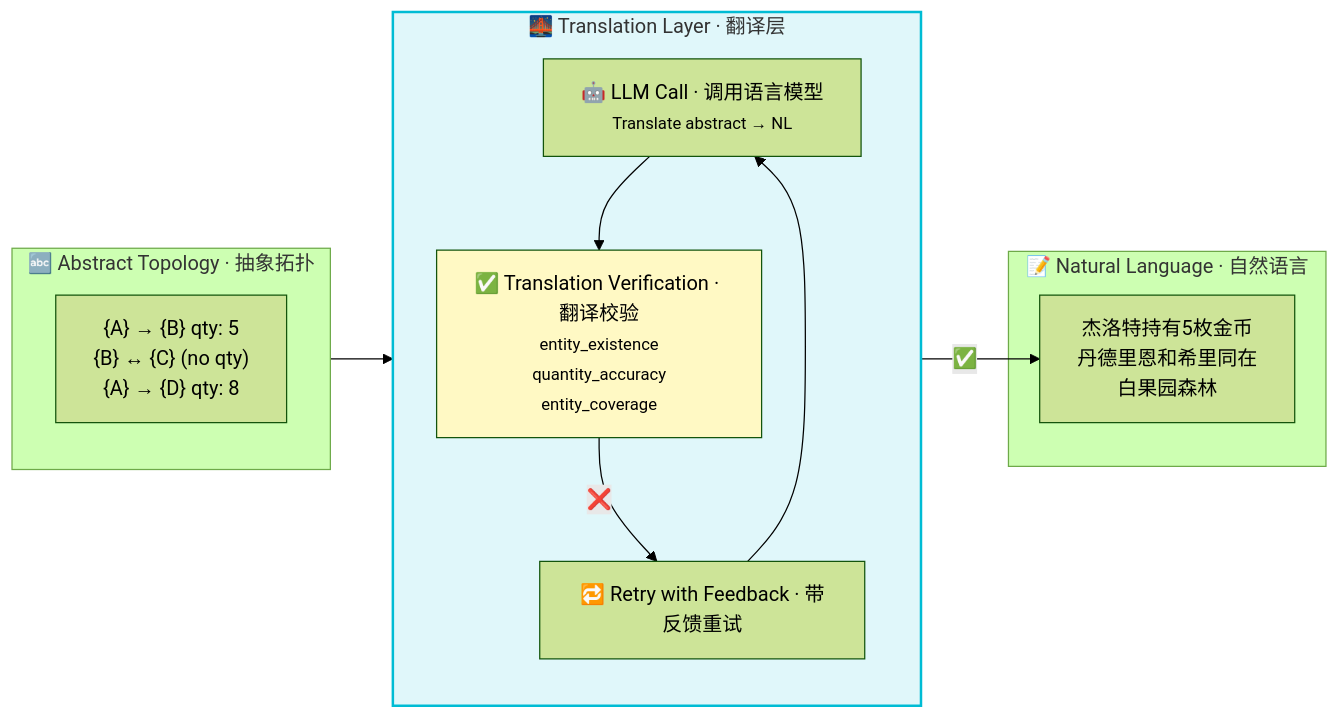
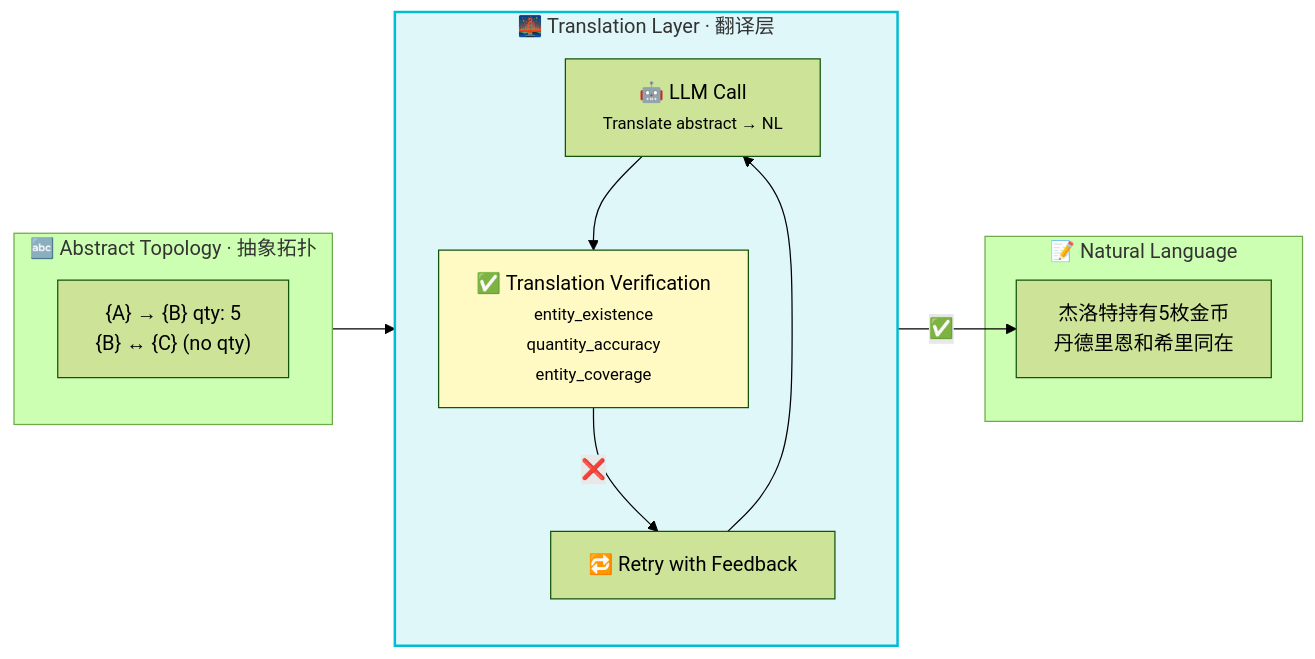
Before and after one commit to Asher0501/AgentWorld: the third of 5 diagrams in README.md, drawn with Mermaid (forest theme). The commit also changed other lines of this file and 2 other files, not shown here.

First line of the commit message:
docs: restructure README with logical flow + config→DB relationship diagram

````diff
--- a/README.md
+++ b/README.md
@@ -163,26 +374,26 @@
 ```mermaid
 flowchart LR
     subgraph Raw["🔤 Abstract Topology · 抽象拓扑"]
-        A["{A} → {B} qty: 5<br/>{B} ↔ {C} (no qty)<br/>{A} → {D} qty: 8"]
+        A["{A} → {B} qty: 5<br/>{B} ↔ {C} (no qty)"]
     end
 
     subgraph TL2["🌉 Translation Layer · 翻译层"]
         direction TB
-        LLM["🤖 LLM Call · 调用语言模型<br/><small>Translate abstract → NL</small>"]
-        TV["✅ Translation Verification · 翻译校验<br/><small>entity_existence<br/>quantity_accuracy<br/>entity_coverage</small>"]
-        RET["🔁 Retry with Feedback · 带反馈重试"]
+        LLM["🤖 LLM Call<br/><small>Translate abstract → NL</small>"]
+        TV["✅ Translation Verification<br/><small>entity_existence<br/>quantity_accuracy<br/>entity_coverage</small>"]
+        RET["🔁 Retry with Feedback"]
         LLM --> TV
         TV -->|"❌"| RET
         RET --> LLM
     end
 
-    subgraph NL["📝 Natural Language · 自然语言"]
-        OUT[""杰洛特持有5枚金币<br/>丹德里恩和希里同在<br/>白果园森林""]
+    subgraph NL["📝 Natural Language"]
+        OUT[""杰洛特持有5枚金币<br/>丹德里恩和希里同在""]
     end
 
     Raw --> LLM
     TV -->|"✅"| OUT
 
     style TL2 fill:#e0f7fa,stroke:#00bcd4,stroke-width:2px
     style TV fill:#fff9c4
 ```
````
